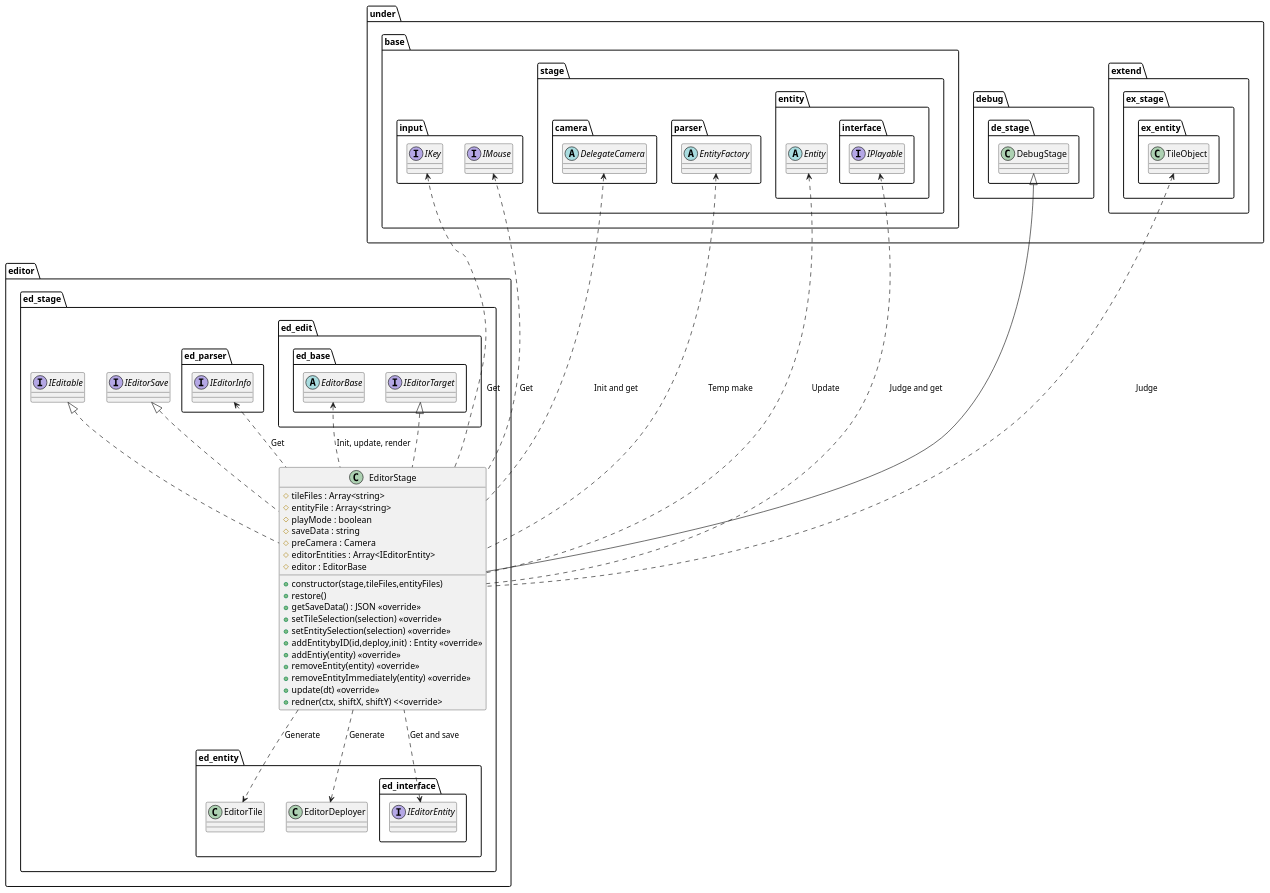
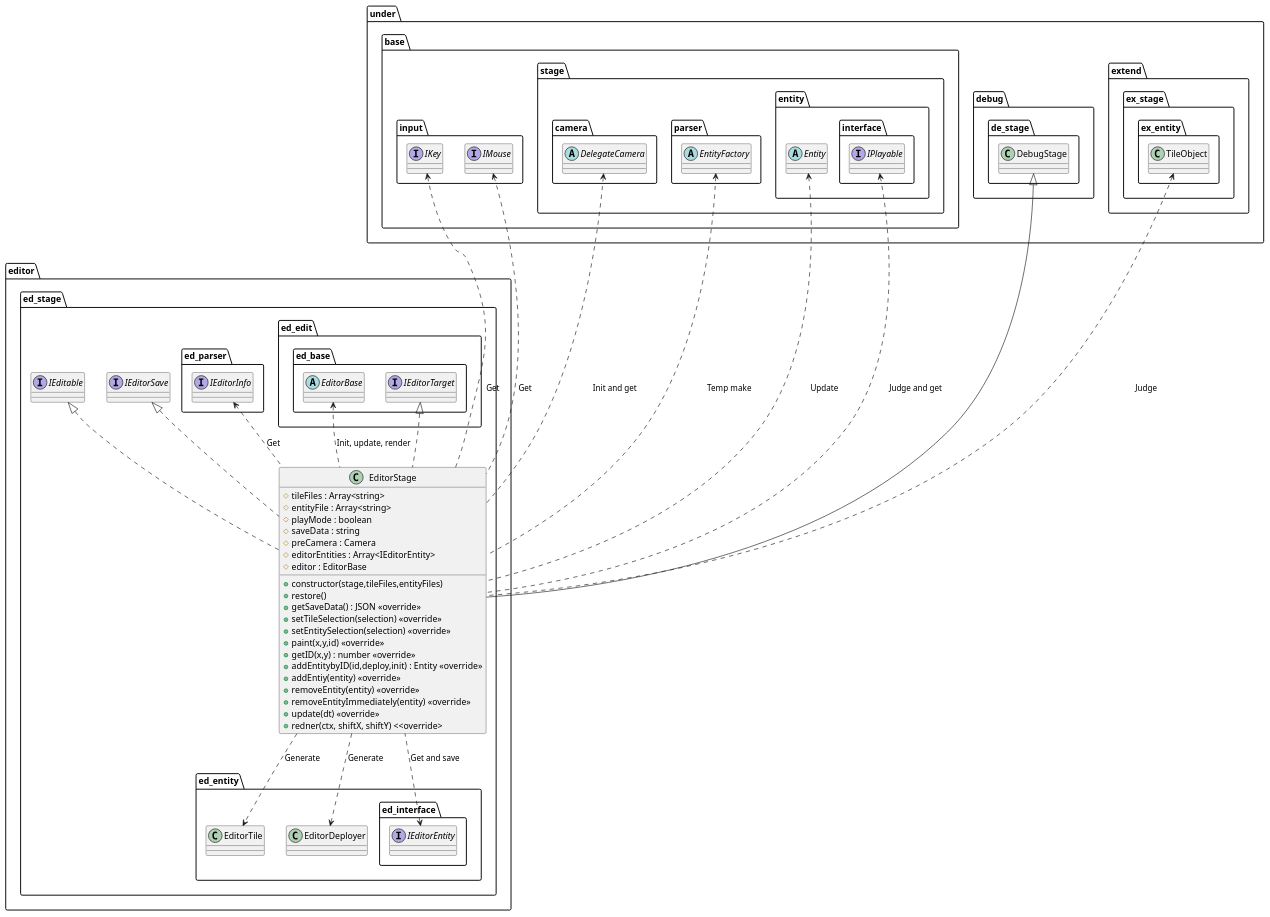
One commit to Expine/Under changed the diagram in uml/editor/Stage.wsd. Above: the diagram before and after it, drawn with PlantUML. The commit also changed 41 other files, not shown here.

```diff
--- a/uml/editor/Stage.wsd
+++ b/uml/editor/Stage.wsd
@@ -1,104 +1,106 @@
 @startuml EditorStage
 
 package editor {
     package ed_stage {
         class EditorStage {
             +constructor(stage,tileFiles,entityFiles)
             #tileFiles : Array<string>
             #entityFile : Array<string>
             #playMode : boolean
             #saveData : string
             #preCamera : Camera
             #editorEntities : Array<IEditorEntity>
             #editor : EditorBase
             +restore()
             +getSaveData() : JSON <<override>>
             +setTileSelection(selection) <<override>>
             +setEntitySelection(selection) <<override>>
+            +paint(x,y,id) <<override>>
+            +getID(x,y) : number <<override>>
             +addEntitybyID(id,deploy,init) : Entity <<override>>
             +addEntiy(entity) <<override>>
             +removeEntity(entity) <<override>>
             +removeEntityImmediately(entity) <<override>>
             +update(dt) <<override>>
             +redner(ctx, shiftX, shiftY) <<override>
         }
     }
 }
 
 package under {
     package base {
         package input {
             interface IKey
             interface IMouse
         }
         package stage {
             package camera {
                 abstract DelegateCamera
             }
             package parser {
                 abstract EntityFactory
             }
             package entity {
                 package interface {
                     interface IPlayable
                 }
                 abstract Entity
             }
         }
     }
     package debug {
         package de_stage {
             class DebugStage
         }
     }
     package extend {
         package ex_stage {
             package ex_entity {
                 class TileObject
             }
         }
     }
 }
 
 package editor {
     package ed_stage {
         interface IEditorSave
         interface IEditable
         package ed_edit {
             package ed_base {
                 abstract EditorBase
                 interface IEditorTarget
             }
         }
         package ed_parser {
             interface IEditorInfo
         }
         package ed_entity {
             class EditorTile
             class EditorDeployer
             package ed_interface {
                 interface IEditorEntity
             }
         }
     }
 }
 
 TileObject <... EditorStage : Judge
 IEditorEntity <.. EditorStage : Get and save
 EditorBase <.. EditorStage : Init, update, render
 IEditorInfo <.. EditorStage : Get
 EntityFactory <... EditorStage : Temp make
 EditorStage ..> EditorTile : Generate
 EditorStage ..> EditorDeployer : Generate
 Entity <... EditorStage : Update
 IKey <... EditorStage : Get
 IMouse <... EditorStage : Get
 IPlayable <... EditorStage : Judge and get
 DelegateCamera <... EditorStage : Init and get
 
 DebugStage <|-- EditorStage
 IEditorSave <|.. EditorStage
 IEditable <|.. EditorStage
 IEditorTarget <|.. EditorStage
 
 @enduml
```
